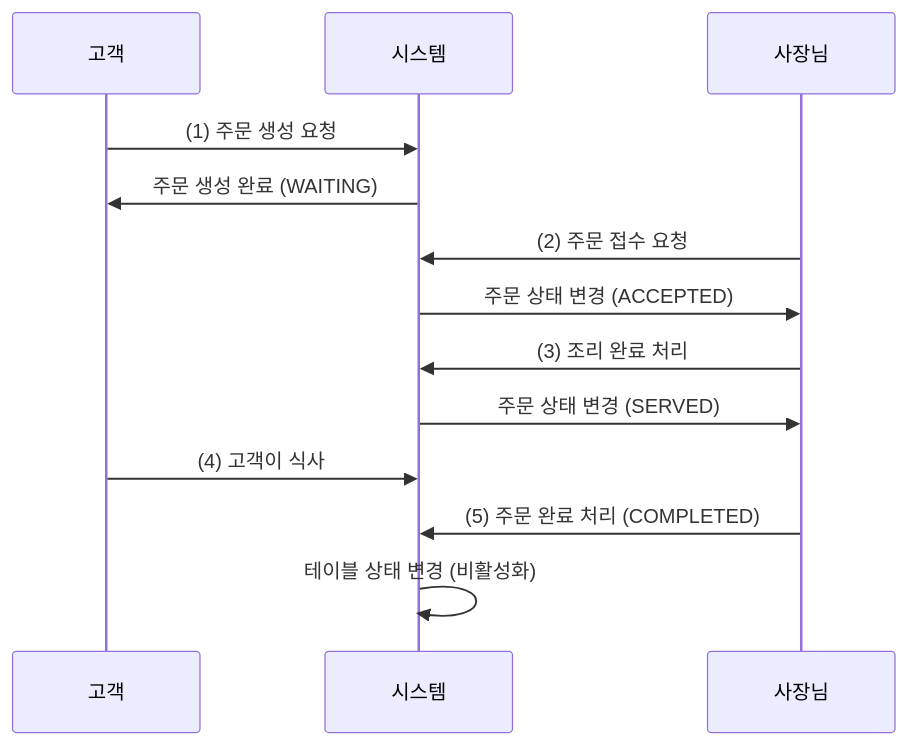
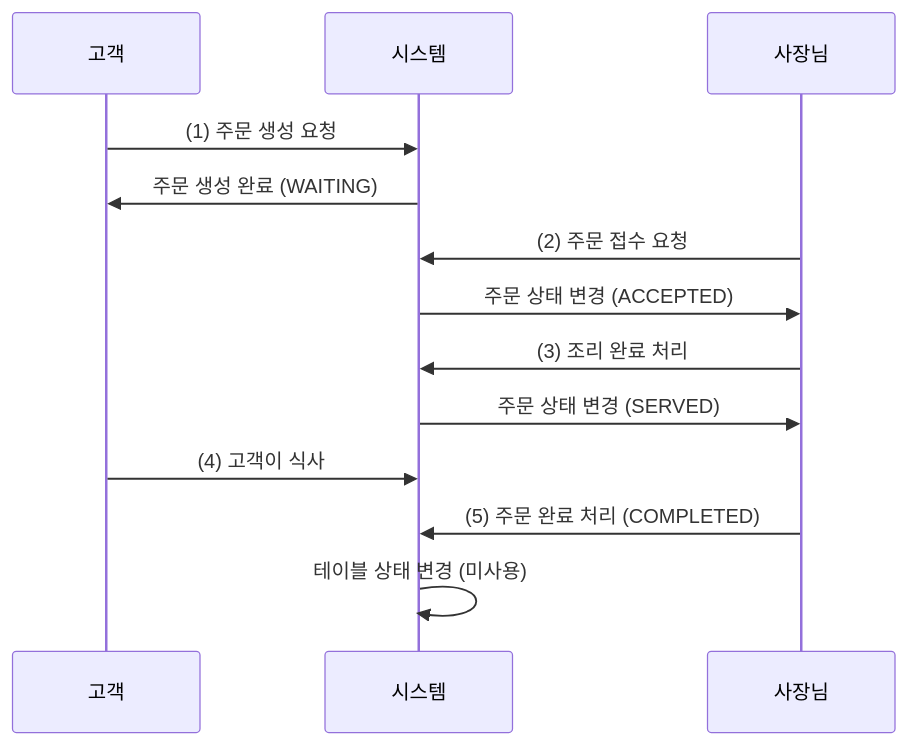
The first of 3 diagrams in src/main/java/kitchenpos/README.md (next-step/ddd-legacy), drawn with Mermaid before and after one commit. The commit also changed other lines of this file, not shown here.

```diff
--- a/src/main/java/kitchenpos/README.md
+++ b/src/main/java/kitchenpos/README.md
@@ -119,20 +127,20 @@
 ~~~mermaid
 sequenceDiagram
     participant 고객
     participant 시스템
     participant 사장님
 
     고객 ->> 시스템: (1) 주문 생성 요청
     시스템 ->> 고객: 주문 생성 완료 (WAITING)
 
     사장님 ->> 시스템: (2) 주문 접수 요청
     시스템 ->> 사장님: 주문 상태 변경 (ACCEPTED)
 
     사장님 ->> 시스템: (3) 조리 완료 처리
     시스템 ->> 사장님: 주문 상태 변경 (SERVED)
 
     고객 ->> 시스템: (4) 고객이 식사
     사장님 ->> 시스템: (5) 주문 완료 처리 (COMPLETED)
 
-    시스템 ->> 시스템: 테이블 상태 변경 (비활성화)
+    시스템 ->> 시스템: 테이블 상태 변경 (미사용)
 ~~~
```
